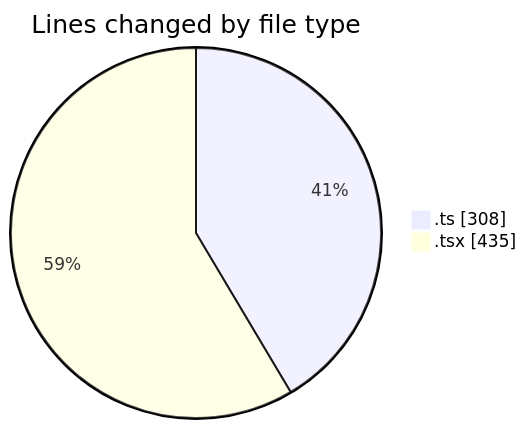
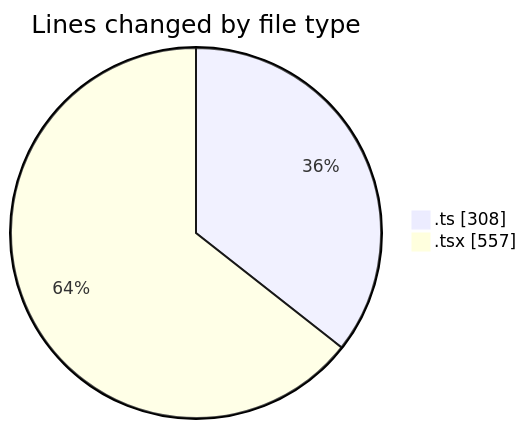
One commit to momahboobian/code-tracking changed the first of 2 diagrams in 2026-09-09/cda/README.md. Above: the diagram before and after it, drawn with Mermaid. The commit also changed other lines of this file and 1 other file, not shown here.

````diff
--- a/2026-09-09/cda/README.md
+++ b/2026-09-09/cda/README.md
@@ -28,6 +29,6 @@
 ```mermaid
 pie showData
 title Lines changed by file type
 ".ts" : 308
-".tsx" : 435
+".tsx" : 557
 ```
````
